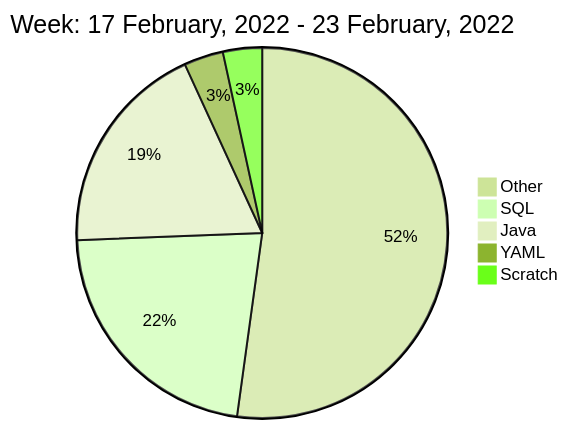
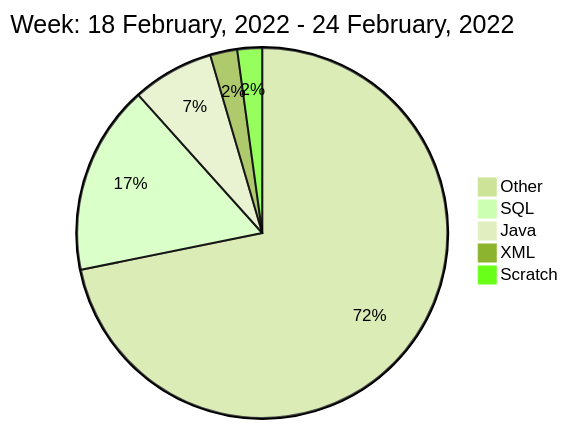
The diagram in README.md (liubin95/liubin95), drawn with Mermaid (forest theme) before and after one commit.

Commit message:
Updated the Graph with new Metrics

````diff
--- a/README.md
+++ b/README.md
@@ -42,9 +42,9 @@
 ```mermaid
  pie
-title Week: 17 February, 2022 - 23 February, 2022
- "Other" : 35305.139
- "SQL" : 15024.77
- "Java" : 12702.413
- "YAML" : 2321.261
- "Scratch" : 2311.568
+title Week: 18 February, 2022 - 24 February, 2022
+ "Other" : 76440.086
+ "SQL" : 17614.05
+ "Java" : 7576.409
+ "XML" : 2512.044
+ "Scratch" : 2303.726
 ```
````
